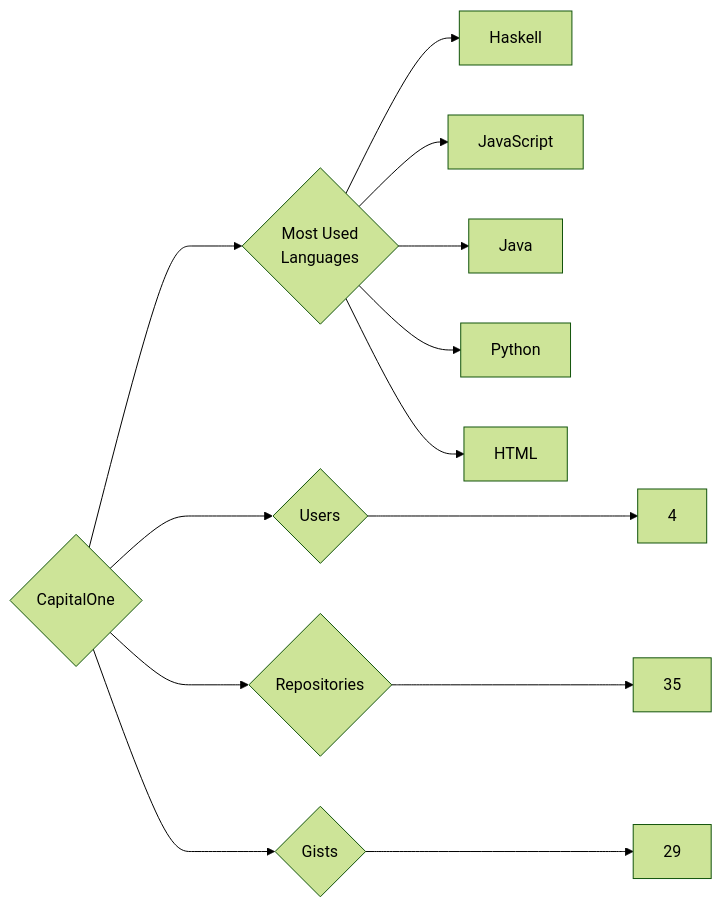
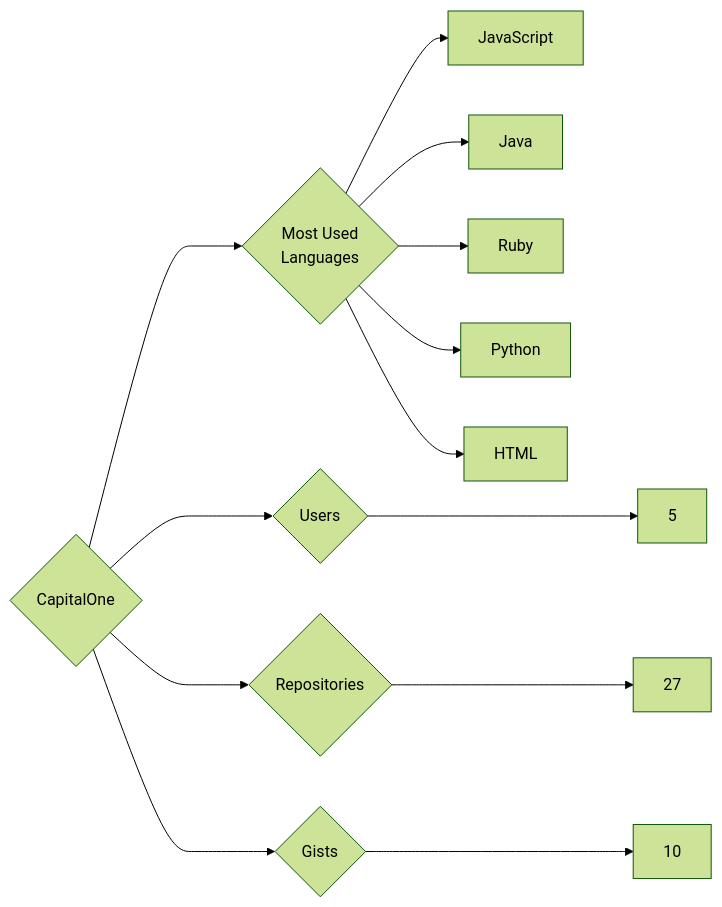
One commit to trickest/insiders changed the diagram in targets/CapitalOne/README.md. Above: the diagram before and after it, drawn with Mermaid (forest theme). The commit also changed 1003 other files, not shown here.

````diff
--- a/targets/CapitalOne/README.md
+++ b/targets/CapitalOne/README.md
@@ -3,13 +3,13 @@
 ```mermaid
 graph LR
 COMPANY_NAME{CapitalOne}
-COMPANY_NAME ---> U{Users} ---> UN[4]
-COMPANY_NAME ---> R{Repositories} ---> RN[35]
-COMPANY_NAME ---> G{Gists} ---> GN[29]
+COMPANY_NAME ---> U{Users} ---> UN[5]
+COMPANY_NAME ---> R{Repositories} ---> RN[27]
+COMPANY_NAME ---> G{Gists} ---> GN[10]
 COMPANY_NAME ---> ML{Most Used<br>Languages}
-ML --> Haskell[Haskell]
 ML --> JavaScript[JavaScript]
 ML --> Java[Java]
+ML --> Ruby[Ruby]
 ML --> Python[Python]
 ML --> HTML[HTML]
 ```
````
